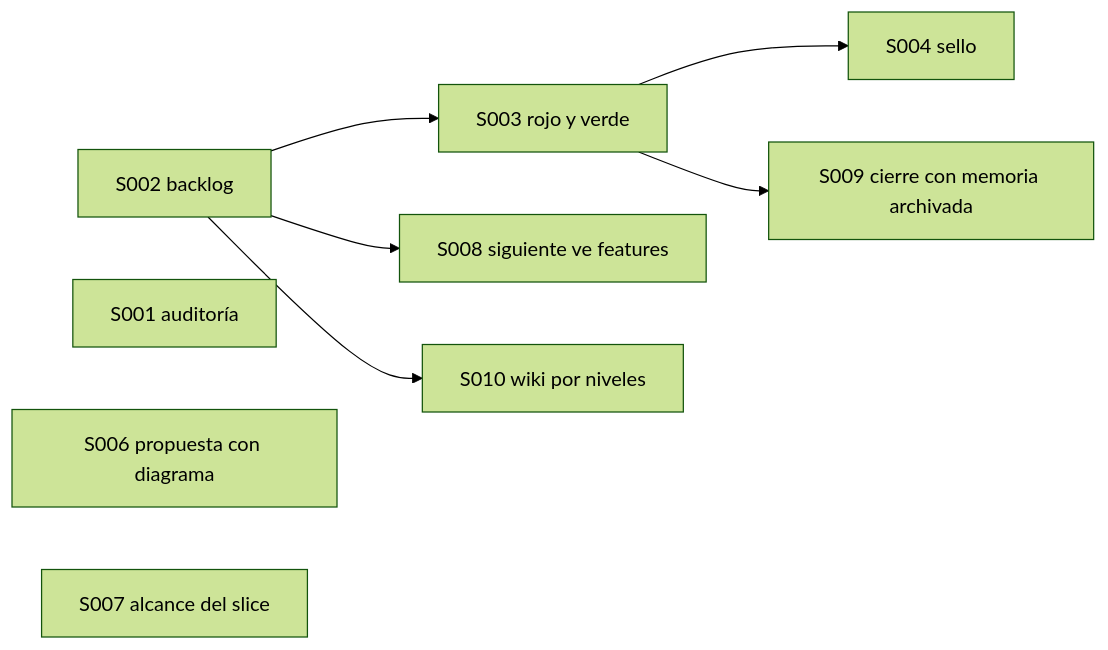
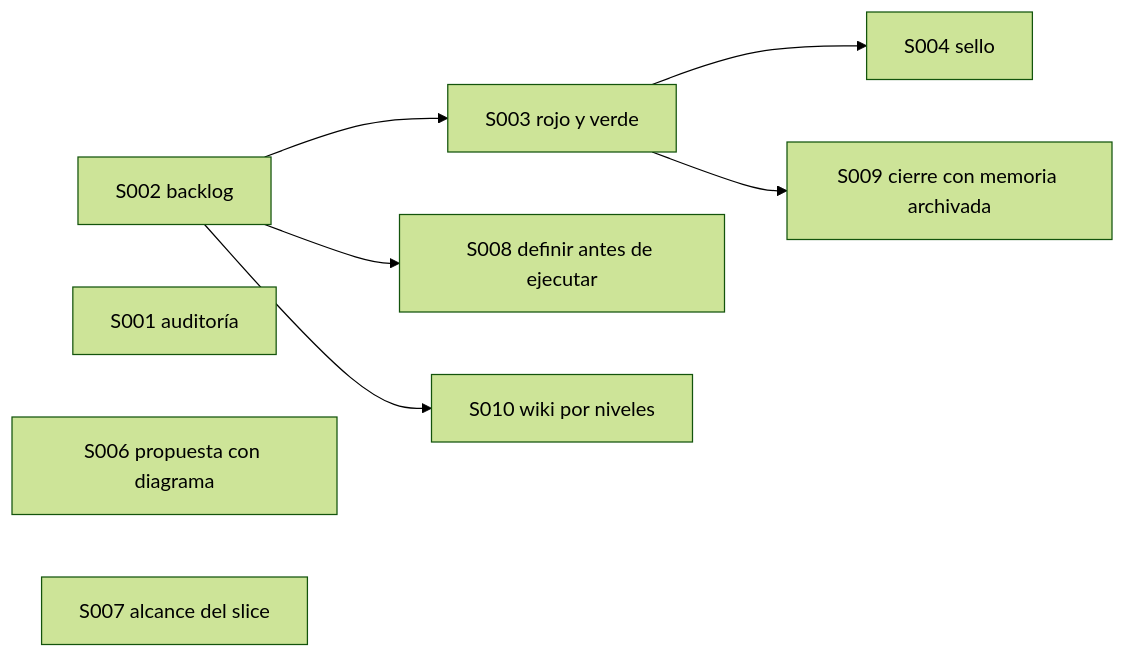
The third of 3 diagrams in docs/E001/F002/README.md (jliberal-aquas/aquas-central-harness-government), drawn with Mermaid (forest theme) before and after one commit. The commit also changed other lines of this file and 10 other files, not shown here.

First line of the commit message:
E001/F002/S008: siguiente exige definir antes de ejecutar

````diff
--- a/docs/E001/F002/README.md
+++ b/docs/E001/F002/README.md
@@ -118,11 +118,11 @@
 ```mermaid
 flowchart LR
     S2["S002 backlog"] --> S3["S003 rojo y verde"]
     S3 --> S4["S004 sello"]
     S3 --> S9["S009 cierre con memoria archivada"]
-    S2 --> S8["S008 siguiente ve features"]
+    S2 --> S8["S008 definir antes de ejecutar"]
     S2 --> S10["S010 wiki por niveles"]
     S1["S001 auditoría"]
     S6["S006 propuesta con diagrama"]
     S7["S007 alcance del slice"]
 ```
````
